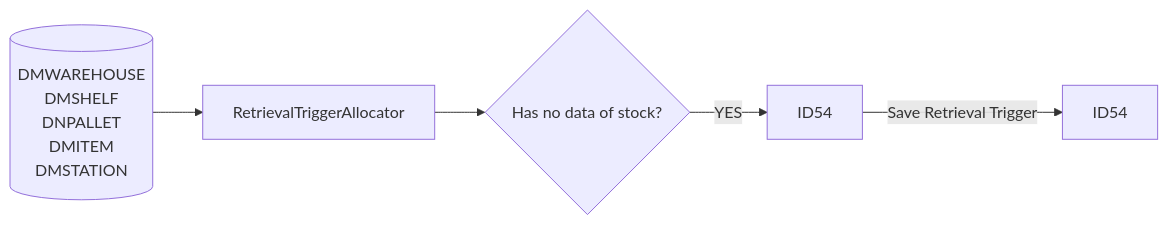
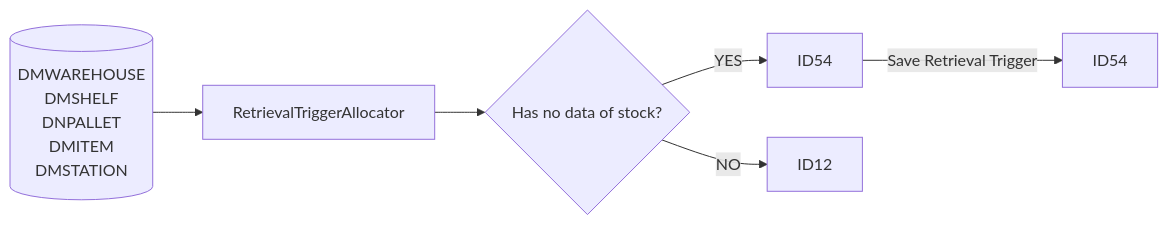
Before and after one commit to luthfiadityaa/SimeDarby-Wiki: the third of 12 diagrams in Basic-Design/DFD-WMS/Retrieval/Stacked-Empty-Pallet.md, drawn with Mermaid.

Commit message:
Updated Stacked Empty Pallet

```diff
--- a/Basic-Design/DFD-WMS/Retrieval/Stacked-Empty-Pallet.md
+++ b/Basic-Design/DFD-WMS/Retrieval/Stacked-Empty-Pallet.md
@@ -86,17 +86,18 @@
 ::: mermaid
 flowchart LR    
 
      tableList-select[("
         DMWAREHOUSE
         DMSHELF
         DNPALLET
         DMITEM
         DMSTATION
     ")]
 
      tableList-select-->className[RetrievalTriggerAllocator]
     className --> Cond3{Has no data of stock?} --> |YES| P1[ID54] --> |Save Retrieval Trigger| P2[ID54]
+    Cond3{Has no data of stock?} --> |NO| P3[ID12]
 
     classDef leftAlign text-align:left;
     class input leftAlign;
 :::
```
